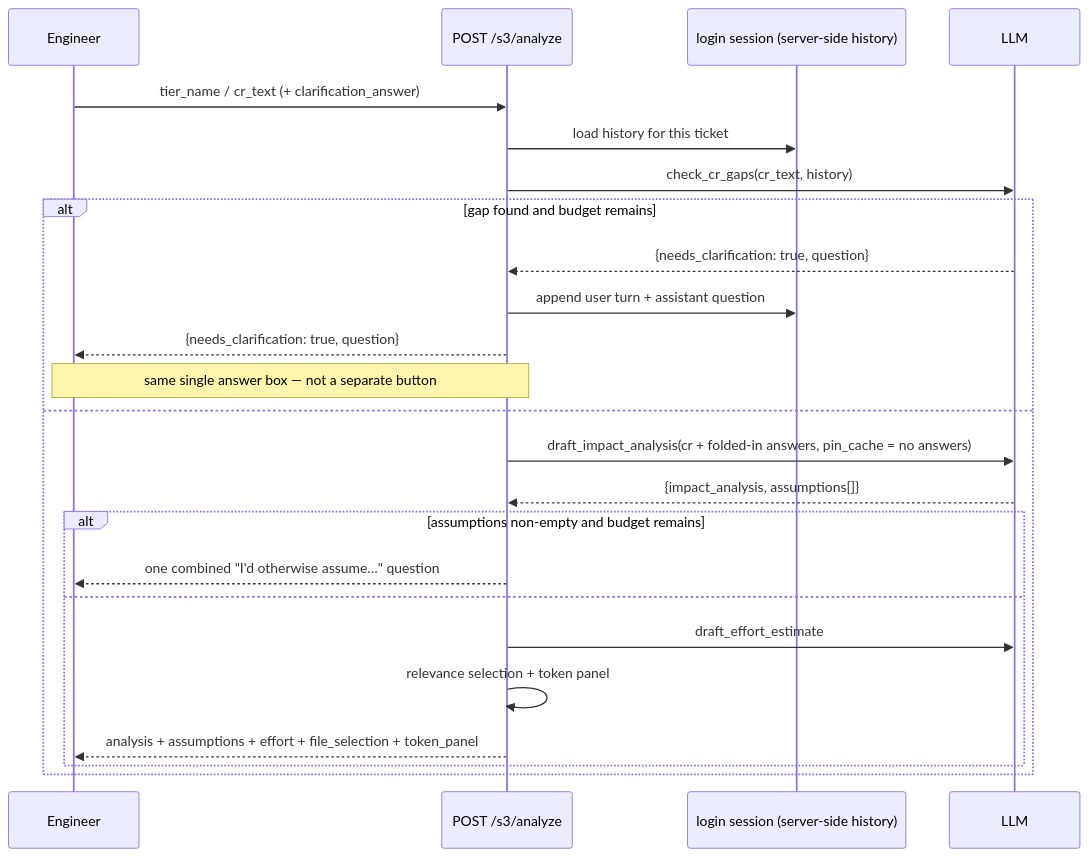
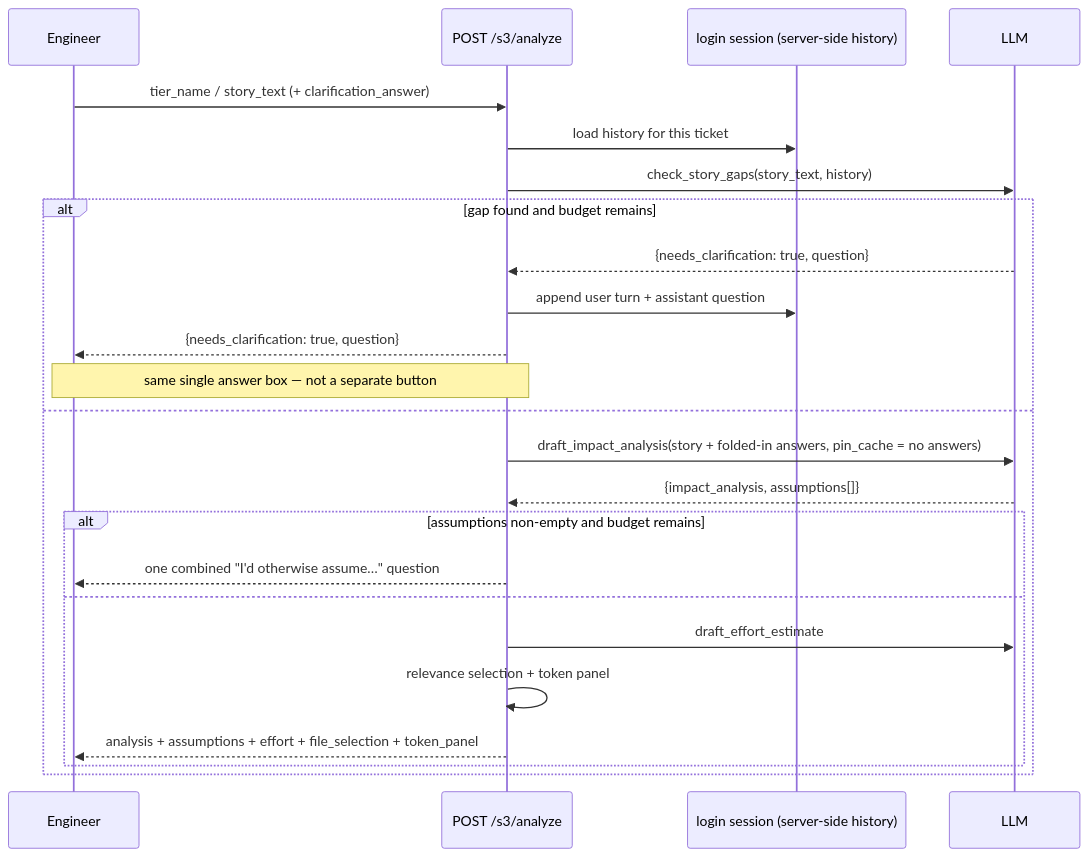
The fourth of 5 diagrams in docs/design/S3_DESIGN.md (AlanLands/ams-s3-demo), drawn with Mermaid before and after one commit. The commit also changed other lines of this file and 145 other files, not shown here.

````diff
--- a/docs/design/S3_DESIGN.md
+++ b/docs/design/S3_DESIGN.md
@@ -559,27 +559,27 @@
 ```mermaid
 sequenceDiagram
   participant E as Engineer
   participant API as POST /s3/analyze
   participant S as login session (server-side history)
   participant L as LLM
 
-  E->>API: tier_name / cr_text (+ clarification_answer)
+  E->>API: tier_name / story_text (+ clarification_answer)
   API->>S: load history for this ticket
-  API->>L: check_cr_gaps(cr_text, history)
+  API->>L: check_story_gaps(story_text, history)
   alt gap found and budget remains
     L-->>API: {needs_clarification: true, question}
     API->>S: append user turn + assistant question
     API-->>E: {needs_clarification: true, question}
     Note over E,API: same single answer box — not a separate button
   else
-    API->>L: draft_impact_analysis(cr + folded-in answers, pin_cache = no answers)
+    API->>L: draft_impact_analysis(story + folded-in answers, pin_cache = no answers)
     L-->>API: {impact_analysis, assumptions[]}
     alt assumptions non-empty and budget remains
       API-->>E: one combined "I'd otherwise assume…" question
     else
       API->>L: draft_effort_estimate
       API->>API: relevance selection + token panel
       API-->>E: analysis + assumptions + effort + file_selection + token_panel
     end
   end
 ```
````
